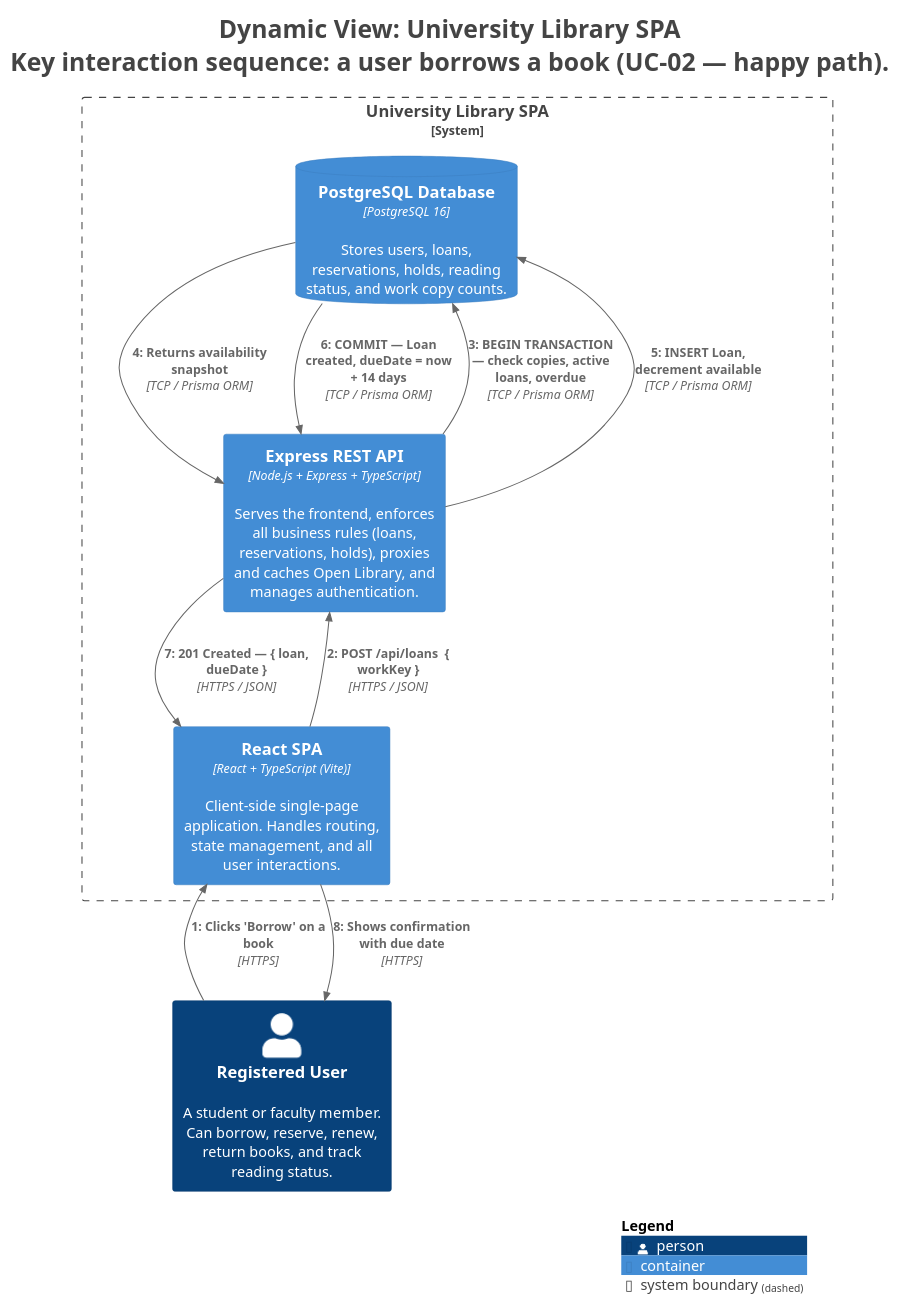
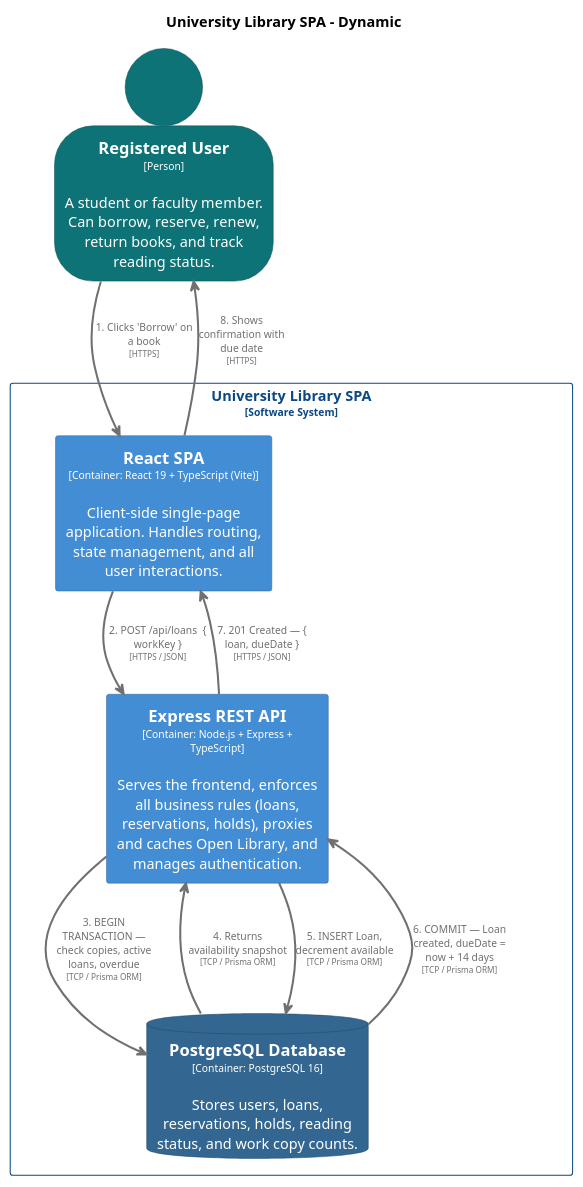
Before and after one commit to Catriel42/university-library: the diagram in docs/architecture/diagrams/structurizr-BorrowFlow.puml, drawn with PlantUML. The commit also changed 14 other files, not shown here.

Commit message:
docs(architecture): add C4 Level 3 SPA component model and diagrams to workspace.dsl

```diff
--- a/docs/architecture/diagrams/structurizr-BorrowFlow.puml
+++ b/docs/architecture/diagrams/structurizr-BorrowFlow.puml
@@ -1,37 +1,64 @@
 @startuml
-title <size:24>Dynamic View: University Library SPA</size>\n<size:24>Key interaction sequence: a user borrows a book (UC-02 — happy path).</size>
+set separator none
+title University Library SPA - Dynamic
 
-set separator none
 top to bottom direction
+skinparam ranksep 60
+skinparam nodesep 30
 
-<style>
-  root {
-    BackgroundColor: #ffffff
-    FontColor: #444444
-  }
-</style>
-
-!include <C4/C4>
-!include <C4/C4_Context>
-!include <C4/C4_Container>
-
-System_Boundary("UniversityLibrarySPA_boundary", "University Library SPA", $tags="") {
-  ContainerDb(UniversityLibrarySPA.PostgreSQLDatabase, "PostgreSQL Database", $techn="PostgreSQL 16", $descr="Stores users, loans, reservations, holds, reading status, and work copy counts.", $tags="", $link="")
-  Container(UniversityLibrarySPA.ReactSPA, "React SPA", $techn="React + TypeScript (Vite)", $descr="Client-side single-page application. Handles routing, state management, and all user interactions.", $tags="", $link="")
-  Container(UniversityLibrarySPA.ExpressRESTAPI, "Express REST API", $techn="Node.js + Express + TypeScript", $descr="Serves the frontend, enforces all business rules (loans, reservations, holds), proxies and caches Open Library, and manages authentication.", $tags="", $link="")
+skinparam {
+  arrowFontSize 10
+  defaultTextAlignment center
+  wrapWidth 200
+  maxMessageSize 100
 }
 
-Person(RegisteredUser, "Registered User", $descr="A student or faculty member. Can borrow, reserve, renew, return books, and track reading status.", $tags="", $link="")
+hide stereotype
 
-Rel(RegisteredUser, UniversityLibrarySPA.ReactSPA, "1: Clicks 'Borrow' on a book", $techn="HTTPS", $tags="", $link="")
-Rel(UniversityLibrarySPA.ReactSPA, UniversityLibrarySPA.ExpressRESTAPI, "2: POST /api/loans  { workKey }", $techn="HTTPS / JSON", $tags="", $link="")
-Rel(UniversityLibrarySPA.ExpressRESTAPI, UniversityLibrarySPA.PostgreSQLDatabase, "3: BEGIN TRANSACTION — check copies, active loans, overdue", $techn="TCP / Prisma ORM", $tags="", $link="")
-Rel(UniversityLibrarySPA.PostgreSQLDatabase, UniversityLibrarySPA.ExpressRESTAPI, "4: Returns availability snapshot", $techn="TCP / Prisma ORM", $tags="", $link="")
-Rel(UniversityLibrarySPA.ExpressRESTAPI, UniversityLibrarySPA.PostgreSQLDatabase, "5: INSERT Loan, decrement available", $techn="TCP / Prisma ORM", $tags="", $link="")
-Rel(UniversityLibrarySPA.PostgreSQLDatabase, UniversityLibrarySPA.ExpressRESTAPI, "6: COMMIT — Loan created, dueDate = now + 14 days", $techn="TCP / Prisma ORM", $tags="", $link="")
-Rel(UniversityLibrarySPA.ExpressRESTAPI, UniversityLibrarySPA.ReactSPA, "7: 201 Created — { loan, dueDate }", $techn="HTTPS / JSON", $tags="", $link="")
-Rel(UniversityLibrarySPA.ReactSPA, RegisteredUser, "8: Shows confirmation with due date", $techn="HTTPS", $tags="", $link="")
+skinparam rectangle<<UniversityLibrarySPA.ExpressRESTAPI>> {
+  BackgroundColor #438dd5
+  FontColor #ffffff
+  BorderColor #2e6295
+  shadowing false
+}
+skinparam database<<UniversityLibrarySPA.PostgreSQLDatabase>> {
+  BackgroundColor #336791
+  FontColor #ffffff
+  BorderColor #234865
+  shadowing false
+}
+skinparam rectangle<<UniversityLibrarySPA.ReactSPA>> {
+  BackgroundColor #438dd5
+  FontColor #ffffff
+  BorderColor #2e6295
+  shadowing false
+}
+skinparam person<<RegisteredUser>> {
+  BackgroundColor #0d7377
+  FontColor #ffffff
+  BorderColor #095053
+  shadowing false
+}
+skinparam rectangle<<UniversityLibrarySPA>> {
+  BorderColor #0b4884
+  FontColor #0b4884
+  shadowing false
+}
 
-SHOW_LEGEND(true)
-hide stereotypes
+rectangle "University Library SPA\n<size:10>[Software System]</size>" <<UniversityLibrarySPA>> {
+  rectangle "==React SPA\n<size:10>[Container: React 19 + TypeScript (Vite)]</size>\n\nClient-side single-page application. Handles routing, state management, and all user interactions." <<UniversityLibrarySPA.ReactSPA>> as UniversityLibrarySPA.ReactSPA
+  rectangle "==Express REST API\n<size:10>[Container: Node.js + Express + TypeScript]</size>\n\nServes the frontend, enforces all business rules (loans, reservations, holds), proxies and caches Open Library, and manages authentication." <<UniversityLibrarySPA.ExpressRESTAPI>> as UniversityLibrarySPA.ExpressRESTAPI
+  database "==PostgreSQL Database\n<size:10>[Container: PostgreSQL 16]</size>\n\nStores users, loans, reservations, holds, reading status, and work copy counts." <<UniversityLibrarySPA.PostgreSQLDatabase>> as UniversityLibrarySPA.PostgreSQLDatabase
+}
+
+person "==Registered User\n<size:10>[Person]</size>\n\nA student or faculty member. Can borrow, reserve, renew, return books, and track reading status." <<RegisteredUser>> as RegisteredUser
+
+RegisteredUser -[#707070,thickness=2]-> UniversityLibrarySPA.ReactSPA : "<color:#707070>1. Clicks 'Borrow' on a book\n<color:#707070><size:8>[HTTPS]</size>"
+UniversityLibrarySPA.ReactSPA -[#707070,thickness=2]-> UniversityLibrarySPA.ExpressRESTAPI : "<color:#707070>2. POST /api/loans  { workKey }\n<color:#707070><size:8>[HTTPS / JSON]</size>"
+UniversityLibrarySPA.ExpressRESTAPI -[#707070,thickness=2]-> UniversityLibrarySPA.PostgreSQLDatabase : "<color:#707070>3. BEGIN TRANSACTION — check copies, active loans, overdue\n<color:#707070><size:8>[TCP / Prisma ORM]</size>"
+UniversityLibrarySPA.ExpressRESTAPI <-[#707070,thickness=2]- UniversityLibrarySPA.PostgreSQLDatabase : "<color:#707070>4. Returns availability snapshot\n<color:#707070><size:8>[TCP / Prisma ORM]</size>"
+UniversityLibrarySPA.ExpressRESTAPI -[#707070,thickness=2]-> UniversityLibrarySPA.PostgreSQLDatabase : "<color:#707070>5. INSERT Loan, decrement available\n<color:#707070><size:8>[TCP / Prisma ORM]</size>"
+UniversityLibrarySPA.ExpressRESTAPI <-[#707070,thickness=2]- UniversityLibrarySPA.PostgreSQLDatabase : "<color:#707070>6. COMMIT — Loan created, dueDate = now + 14 days\n<color:#707070><size:8>[TCP / Prisma ORM]</size>"
+UniversityLibrarySPA.ReactSPA <-[#707070,thickness=2]- UniversityLibrarySPA.ExpressRESTAPI : "<color:#707070>7. 201 Created — { loan, dueDate }\n<color:#707070><size:8>[HTTPS / JSON]</size>"
+RegisteredUser <-[#707070,thickness=2]- UniversityLibrarySPA.ReactSPA : "<color:#707070>8. Shows confirmation with due date\n<color:#707070><size:8>[HTTPS]</size>"
 @enduml
```
